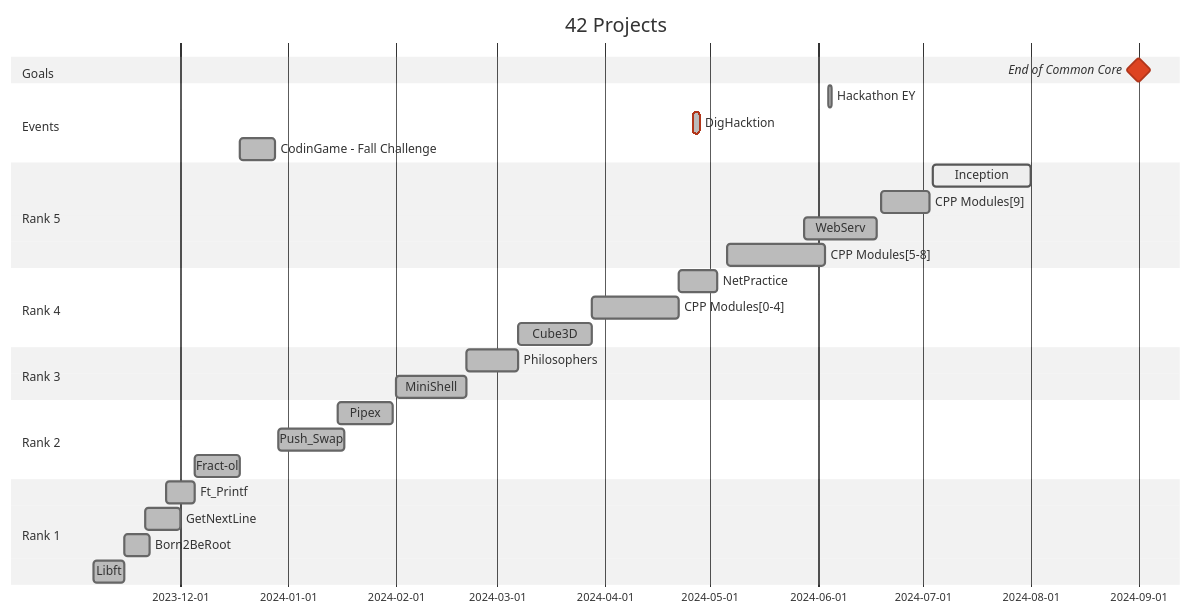
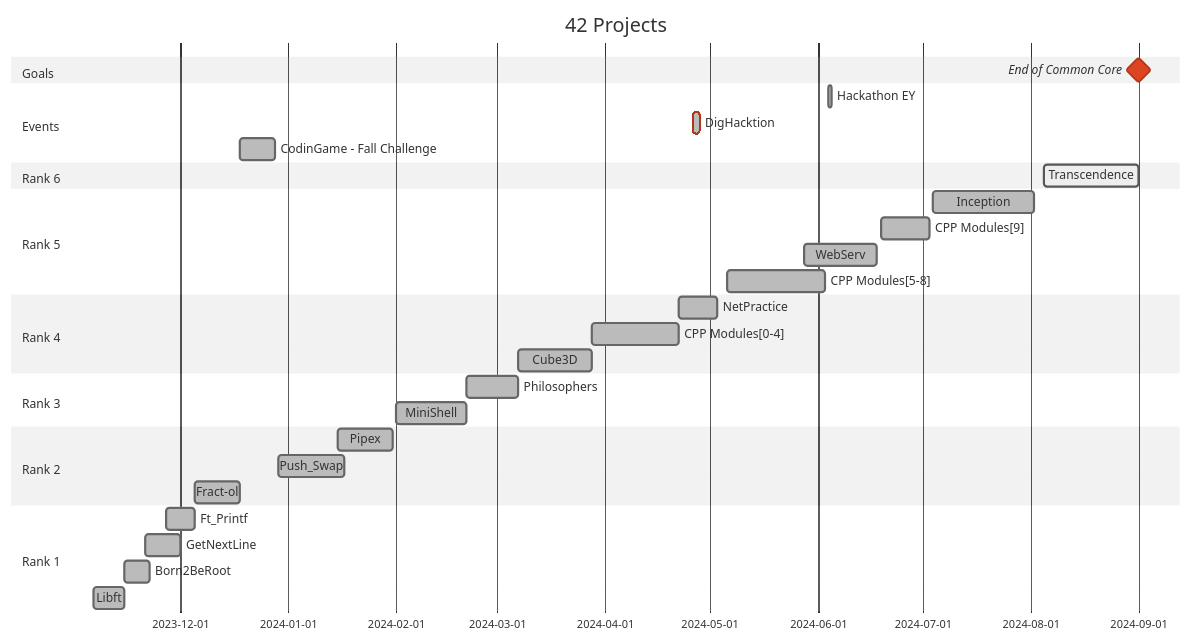
The diagram in README.md (Tablerase/42_Projects), drawn with Mermaid (neutral theme) before and after one commit. The commit also changed 1 other file, not shown here.

Commit message:
feat: submodule for inception added

````diff
--- a/README.md
+++ b/README.md
@@ -71,39 +71,42 @@
 ```mermaid
 gantt
     title 42 Projects
     dateFormat  YYYY-MM-DD
 
     section Goals
     End of Common Core : milestone, crit, m1, 2024-09-01, 1m
 
     section Events
     Hackathon EY : done, 2024-06-04, 2024-06-05
     DigHacktion : crit, done, 2024-04-26, 2024-04-28
     CodinGame - Fall Challenge : done, 2023-12-18, 2023-12-28
 
+    section Rank 6
+    Transcendence : active, 2024-08-05, 2024-09-01
+
     section Rank 5
-    Inception : active, 2024-07-04, 4w
+    Inception : done, 2024-07-04, 2024-08-02
     CPP Modules[9] : done, 2024-06-19, 2024-07-03
     WebServ : done, 2024-05-28, 2024-06-18
     CPP Modules[5-8] : done, 2024-05-06, 4w
 
     section Rank 4
     NetPractice : done, 2024-04-22, 2024-05-03
     CPP Modules[0-4] : done, 2024-03-28, 2024-04-22
     Cube3D :done, 2024-03-07, 2024-03-28
   
     section Rank 3
     Philosophers :done, 2024-02-21, 2024-03-07
     MiniShell :done, 2024-02-01, 2024-02-21
 
     section Rank 2
     Pipex :done, 2024-01-15, 2024-01-31
     Push_Swap :done, 2023-12-29, 2024-01-17
     Fract-ol :done, 2023-12-05, 2023-12-18
 
     section Rank 1
     Ft_Printf :done, 2023-11-27, 2023-12-05
     GetNextLine :done, 2023-11-21, 2023-12-01
     Born2BeRoot :done, 2023-11-15, 2023-11-22
     Libft :done, 2023-11-06, 2023-11-15
 ```
````
